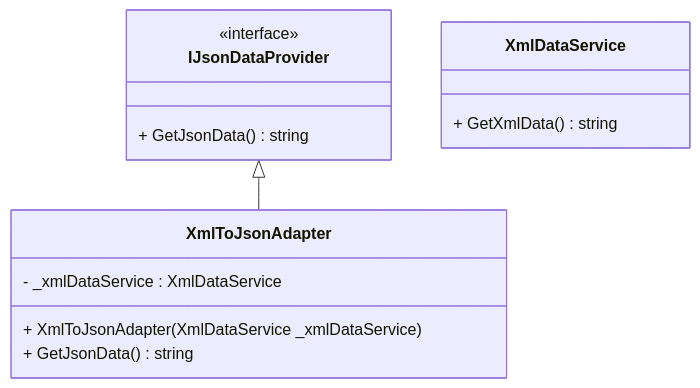
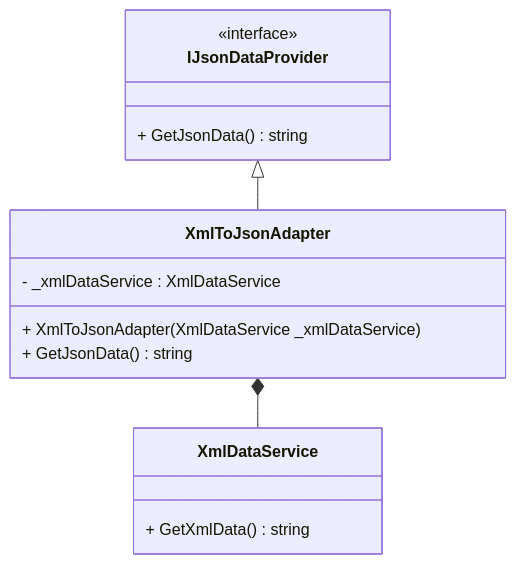
One commit to SuyashBhiste/dump-thoughts changed the diagram in low-level-design/design-patterns/structural/adapter.md. Above: the diagram before and after it, drawn with Mermaid.

Commit message:
added relation in adapter uml class

````diff
--- a/low-level-design/design-patterns/structural/adapter.md
+++ b/low-level-design/design-patterns/structural/adapter.md
@@ -19,17 +19,18 @@
 ```mermaid
 classDiagram
     class IJsonDataProvider {
         <<interface>>
 	    + GetJsonData() string
     }
     class XmlDataService {
 	    + GetXmlData() string
     }
     class XmlToJsonAdapter {
 	    - _xmlDataService : XmlDataService
 	    + XmlToJsonAdapter(XmlDataService _xmlDataService)
 	    + GetJsonData() string
     }
 
     IJsonDataProvider <|-- XmlToJsonAdapter
+    XmlToJsonAdapter *-- XmlDataService
 ```
````
